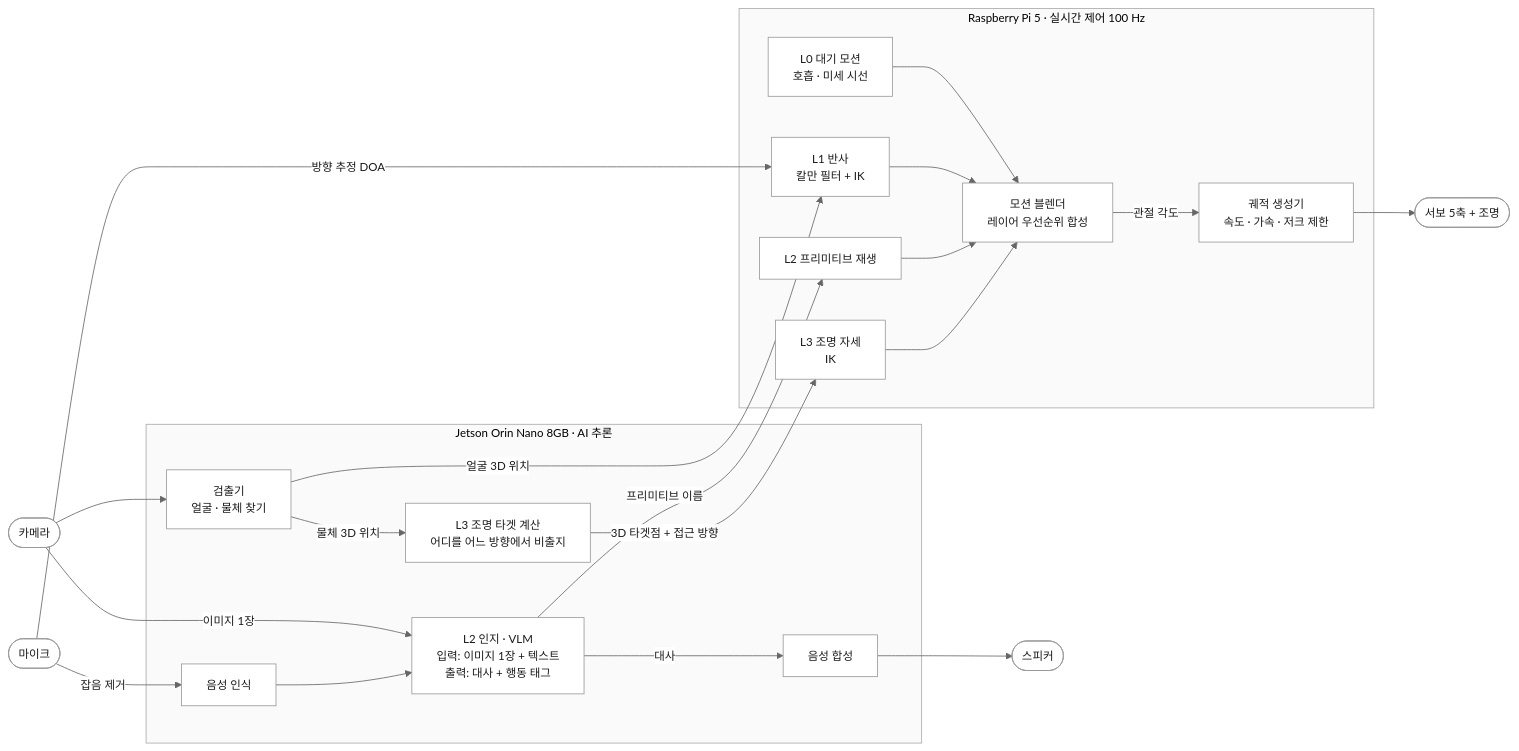
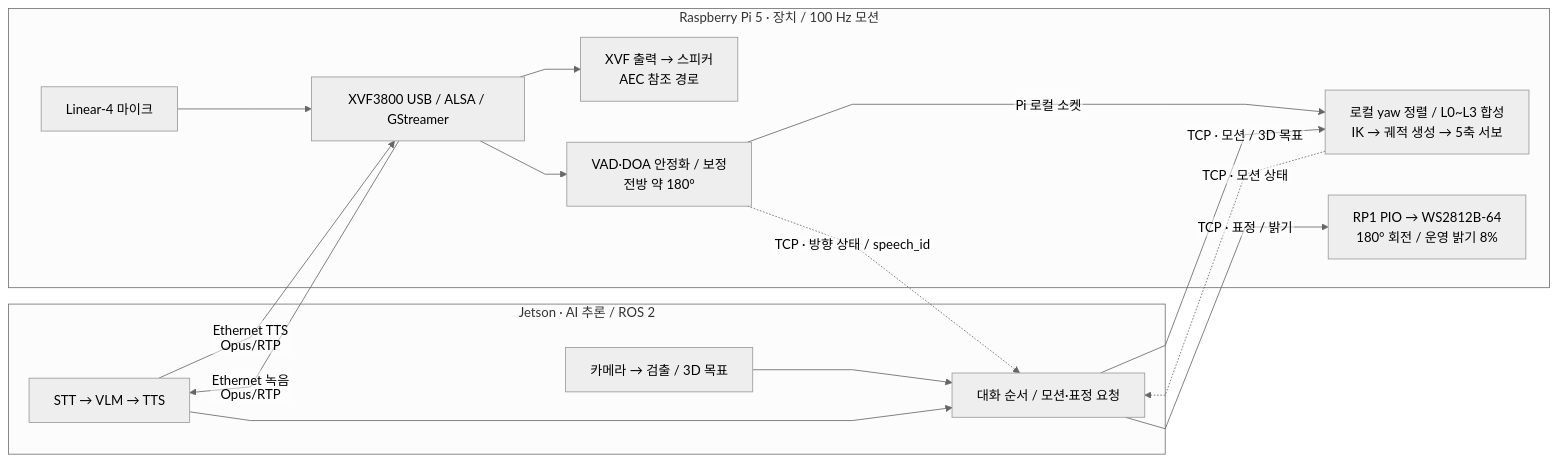
The diagram in docs/images/pipeline.mmd (PIXS-Physical-aI-eXperience-System/talking-lamp), drawn with Mermaid before and after one commit. The commit also changed 3 other files, not shown here.

```diff
--- a/docs/images/pipeline.mmd
+++ b/docs/images/pipeline.mmd
@@ -1,42 +1,27 @@
-%%{init: {'theme':'base','themeVariables':{'background':'#ffffff','primaryColor':'#ffffff','primaryTextColor':'#1a1a1a','primaryBorderColor':'#999999','lineColor':'#666666','clusterBkg':'#fafafa','clusterBorder':'#aaaaaa','fontSize':'14px'}}}%%
+%%{init: {'theme':'neutral','flowchart':{'htmlLabels':false,'curve':'linear'},'themeVariables':{'fontFamily':'Noto Sans CJK KR, sans-serif','fontSize':'16px'}}}%%
 flowchart LR
-    CAM(["카메라"])
-    MIC(["마이크"])
-
-    subgraph JETSON ["Jetson Orin Nano 8GB · AI 추론"]
-        DET["검출기<br/>얼굴 · 물체 찾기"]
-        LTGT["L3 조명 타겟 계산<br/>어디를 어느 방향에서 비출지"]
-        STT["음성 인식"]
-        VLM["L2 인지 · VLM<br/>입력: 이미지 1장 + 텍스트<br/>출력: 대사 + 행동 태그"]
-        TTS["음성 합성"]
+    subgraph JETSON["Jetson · AI 추론 / ROS 2"]
+        CAM["카메라 → 검출 / 3D 목표"]
+        STT["STT → VLM → TTS"]
+        POLICY["대화 순서 / 모션·표정 요청"]
+        CAM --> POLICY
+        STT --> POLICY
     end
-
-    subgraph PI ["Raspberry Pi 5 · 실시간 제어 100 Hz"]
-        L0["L0 대기 모션<br/>호흡 · 미세 시선"]
-        L1["L1 반사<br/>칼만 필터 + IK"]
-        PLAY["L2 프리미티브 재생"]
-        TASK["L3 조명 자세<br/>IK"]
-        BLEND["모션 블렌더<br/>레이어 우선순위 합성"]
-        TRAJ["궤적 생성기<br/>속도 · 가속 · 저크 제한"]
+    subgraph PI["Raspberry Pi 5 · 장치 / 100 Hz 모션"]
+        MIC["Linear-4 마이크"]
+        SPK["XVF 출력 → 스피커<br/>AEC 참조 경로"]
+        MIC --> AUDIO
+        AUDIO --> SPK
+        AUDIO["XVF3800 USB / ALSA / GStreamer"]
+        DOA["VAD·DOA 안정화 / 보정<br/>전방 약 180°"]
+        MOTION["로컬 yaw 정렬 / L0~L3 합성<br/>IK → 궤적 생성 → 5축 서보"]
+        LED["RP1 PIO → WS2812B-64<br/>180° 회전 / 운영 밝기 8%"]
+        AUDIO --> DOA
+        DOA -- "Pi 로컬 소켓" --> MOTION
     end
-
-    SPK(["스피커"])
-    SERVO(["서보 5축 + 조명"])
-
-    CAM --> DET
-    CAM -- "이미지 1장" --> VLM
-    MIC -- "잡음 제거" --> STT
-    STT --> VLM
-    DET -- "얼굴 3D 위치" --> L1
-    DET -- "물체 3D 위치" --> LTGT
-    MIC -- "방향 추정 DOA" --> L1
-    VLM -- "대사" --> TTS
-    VLM -- "프리미티브 이름" --> PLAY
-    TTS --> SPK
-    LTGT -- "3D 타겟점 + 접근 방향" --> TASK
-    L0 --> BLEND
-    L1 --> BLEND
-    PLAY --> BLEND
-    TASK --> BLEND
-    BLEND -- "관절 각도" --> TRAJ
-    TRAJ --> SERVO
+    AUDIO -- "Ethernet 녹음<br/>Opus/RTP" --> STT
+    STT -- "Ethernet TTS<br/>Opus/RTP" --> AUDIO
+    POLICY -- "TCP · 모션 / 3D 목표" --> MOTION
+    POLICY -- "TCP · 표정 / 밝기" --> LED
+    DOA -. "TCP · 방향 상태 / speech_id" .-> POLICY
+    MOTION -. "TCP · 모션 상태" .-> POLICY
```
